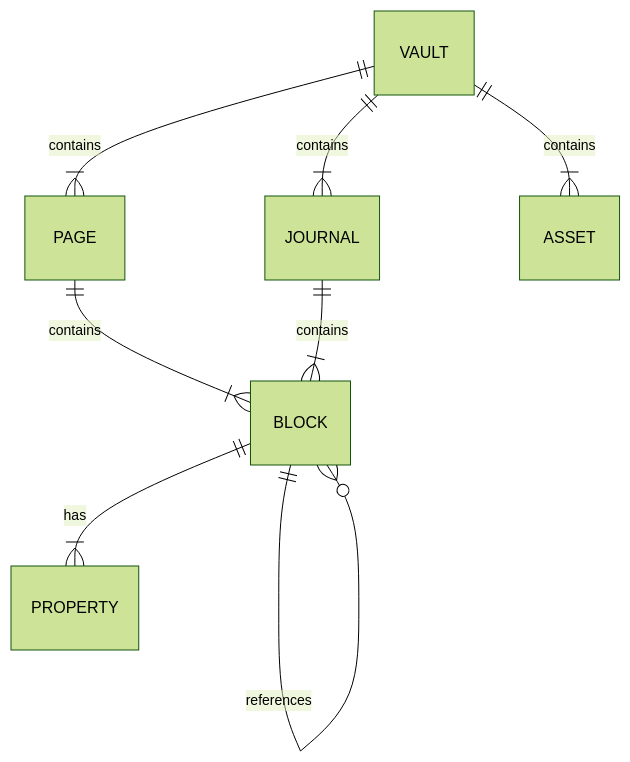
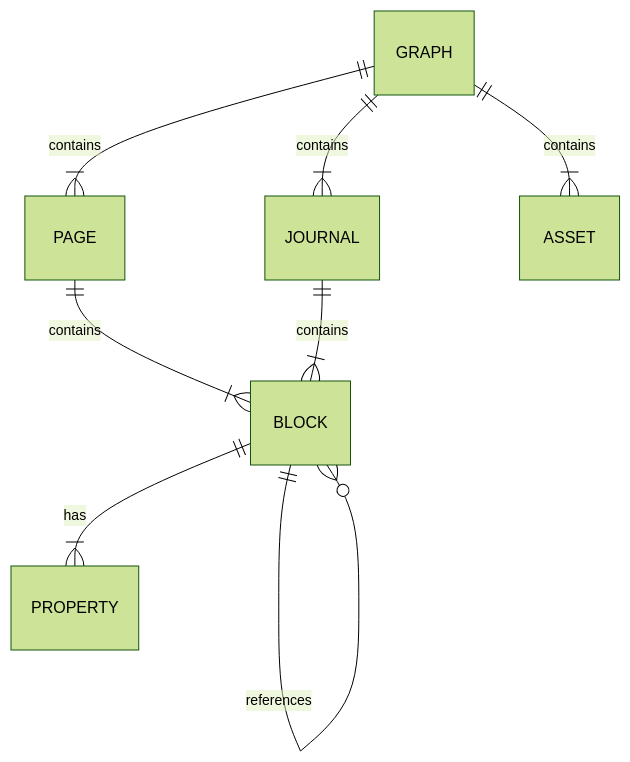
Before and after one commit to hussainweb/logseq-to-obsidian: the diagram in specs/001-logseq-obsidian-convert/data-model.md, drawn with Mermaid (forest theme). The commit also changed other lines of this file and 3 other files, not shown here.

Commit message:
chore: Use graph instead of vault for LogSeq terminology

````diff
--- a/specs/001-logseq-obsidian-convert/data-model.md
+++ b/specs/001-logseq-obsidian-convert/data-model.md
@@ -10,10 +10,10 @@
 ```mermaid
 erDiagram
-    VAULT ||--|{ PAGE : "contains"
-    VAULT ||--|{ JOURNAL : "contains"
-    VAULT ||--|{ ASSET : "contains"
+    GRAPH ||--|{ PAGE : "contains"
+    GRAPH ||--|{ JOURNAL : "contains"
+    GRAPH ||--|{ ASSET : "contains"
     PAGE ||--|{ BLOCK : "contains"
     JOURNAL ||--|{ BLOCK : "contains"
     BLOCK ||--|{ PROPERTY : "has"
     BLOCK ||--o{ BLOCK : "references"
 ```
````
